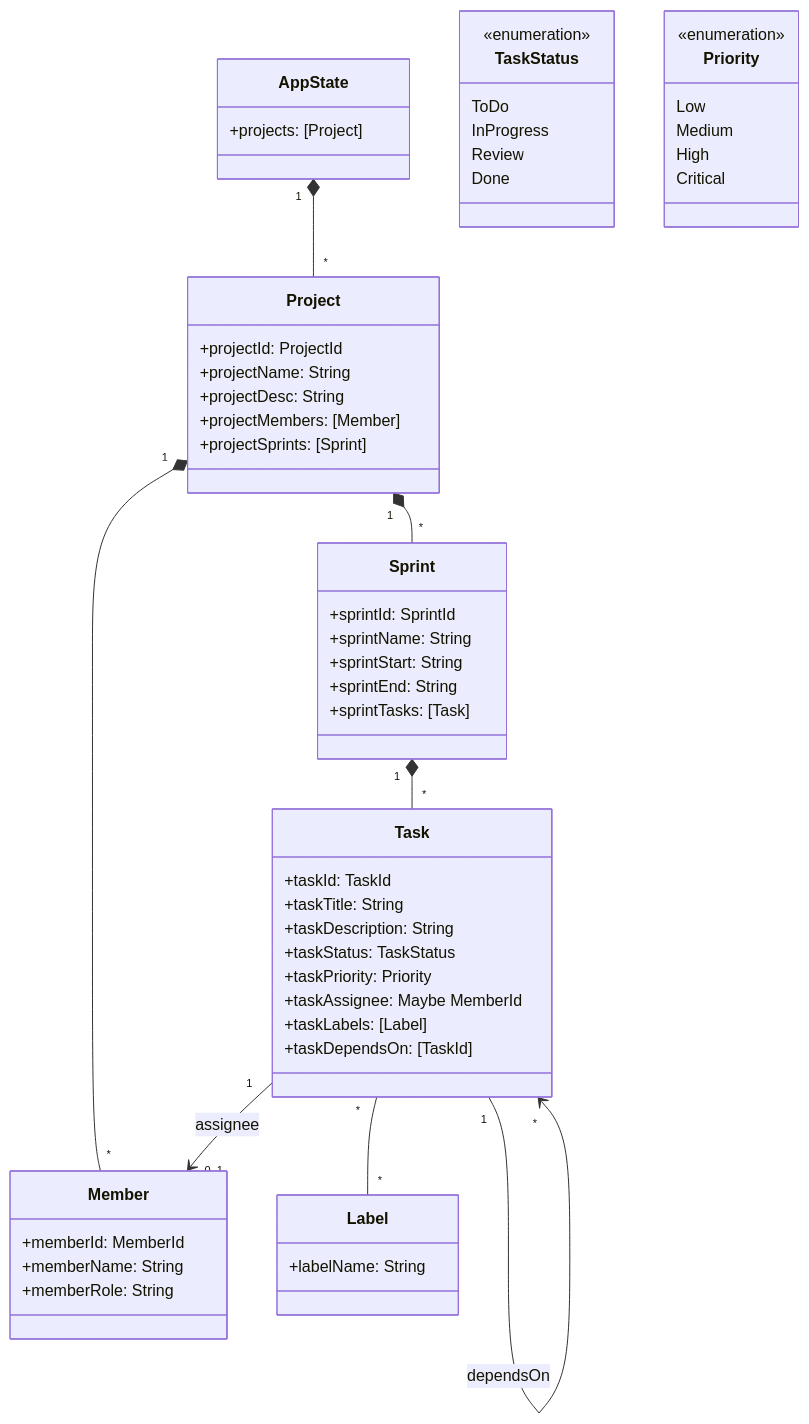
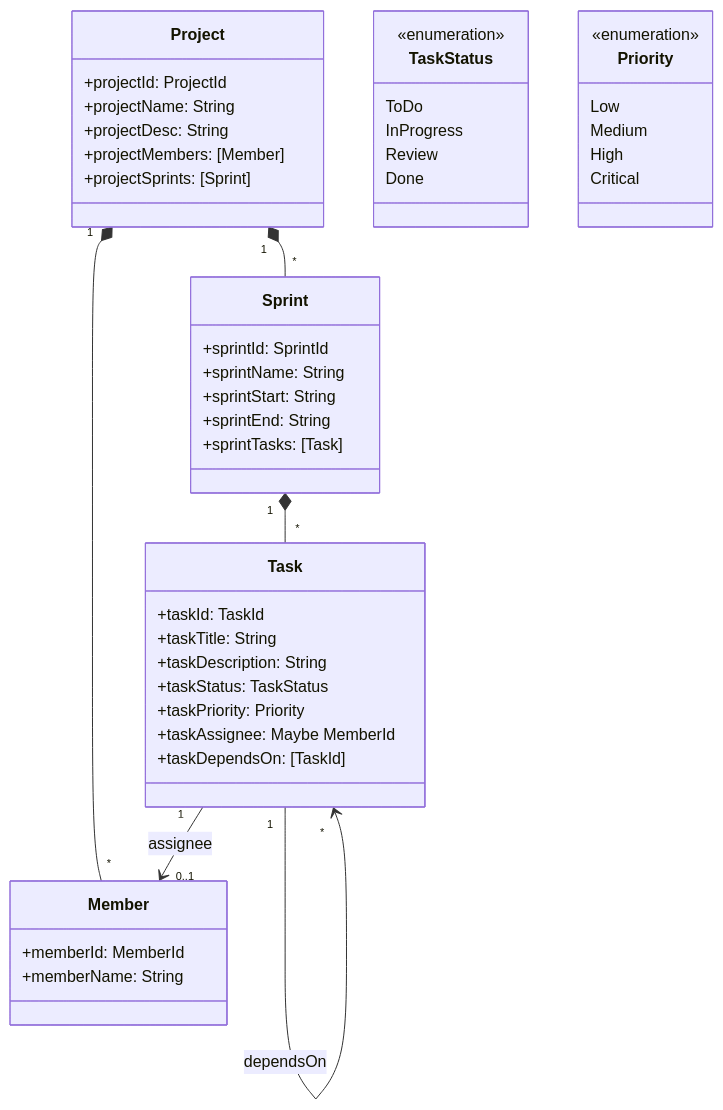
The diagram in docs/modelo.md (dalilaloureiro/gestor-de-projetos), drawn with Mermaid before and after one commit. The commit also changed other lines of this file and 10 other files, not shown here.

````diff
--- a/docs/modelo.md
+++ b/docs/modelo.md
@@ -9,67 +9,55 @@
 ```mermaid
 classDiagram
-    class AppState {
-        +projects: [Project]
-    }
-
     class Project {
         +projectId: ProjectId
         +projectName: String
         +projectDesc: String
         +projectMembers: [Member]
         +projectSprints: [Sprint]
     }
 
     class Sprint {
         +sprintId: SprintId
         +sprintName: String
         +sprintStart: String
         +sprintEnd: String
         +sprintTasks: [Task]
     }
 
     class Task {
         +taskId: TaskId
         +taskTitle: String
         +taskDescription: String
         +taskStatus: TaskStatus
         +taskPriority: Priority
         +taskAssignee: Maybe MemberId
-        +taskLabels: [Label]
         +taskDependsOn: [TaskId]
     }
 
     class Member {
         +memberId: MemberId
         +memberName: String
-        +memberRole: String
-    }
-
-    class Label {
-        +labelName: String
     }
 
     class TaskStatus {
         <<enumeration>>
         ToDo
         InProgress
         Review
         Done
     }
 
     class Priority {
         <<enumeration>>
         Low
         Medium
         High
         Critical
     }
 
-    AppState "1" *-- "*" Project
     Project "1" *-- "*" Sprint
     Project "1" *-- "*" Member
     Sprint "1" *-- "*" Task
-    Task "*" -- "*" Label
     Task "1" --> "*" Task : dependsOn
     Task "1" --> "0..1" Member : assignee
 ```
````
